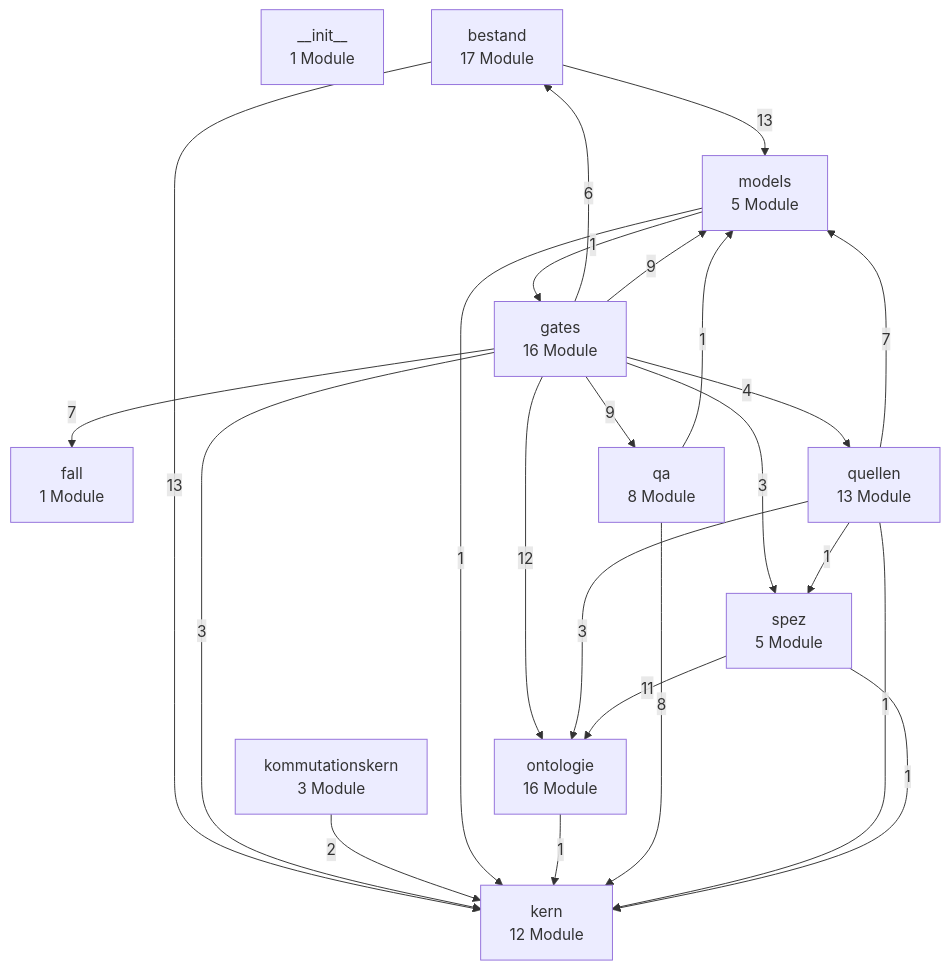
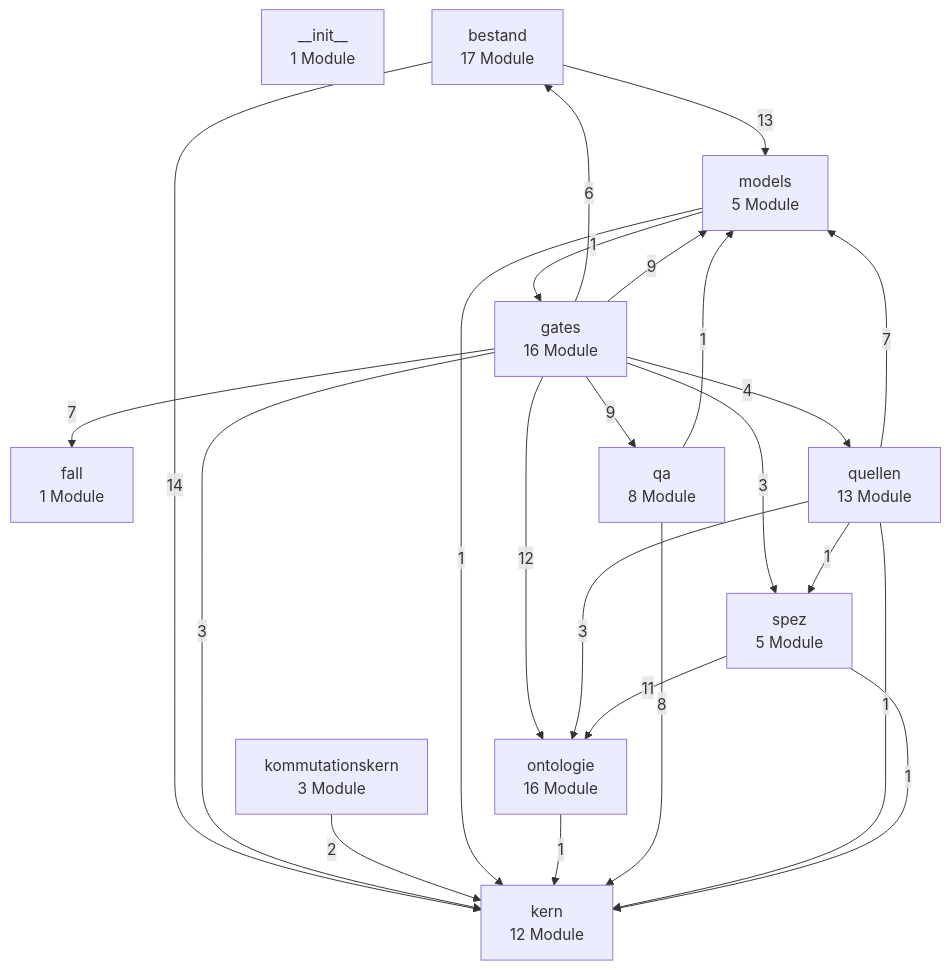
One commit to bartlmac/rechner-pipeline changed the first of 3 diagrams in docs/architektur/landkarte.md. Above: the diagram before and after it, drawn with Mermaid. The commit also changed 2 other files, not shown here.

````diff
--- a/docs/architektur/landkarte.md
+++ b/docs/architektur/landkarte.md
@@ -27,37 +27,37 @@
 ```mermaid
 %% Schichten — erzeugt von ontologie.landkarte
 flowchart TD
     n__init__["__init__<br/>1 Module"]
     bestand["bestand<br/>17 Module"]
     fall["fall<br/>1 Module"]
     gates["gates<br/>16 Module"]
     kern["kern<br/>12 Module"]
     kommutationskern["kommutationskern<br/>3 Module"]
     models["models<br/>5 Module"]
     ontologie["ontologie<br/>16 Module"]
     qa["qa<br/>8 Module"]
     quellen["quellen<br/>13 Module"]
     spez["spez<br/>5 Module"]
-    bestand -- 13 --> kern
+    bestand -- 14 --> kern
     bestand -- 13 --> models
     gates -- 6 --> bestand
     gates -- 7 --> fall
     gates -- 3 --> kern
     gates -- 9 --> models
     gates -- 12 --> ontologie
     gates -- 9 --> qa
     gates -- 4 --> quellen
     gates -- 3 --> spez
     kommutationskern -- 2 --> kern
     models -- 1 --> gates
     models -- 1 --> kern
     ontologie -- 1 --> kern
     qa -- 8 --> kern
     qa -- 1 --> models
     quellen -- 1 --> kern
     quellen -- 7 --> models
     quellen -- 3 --> ontologie
     quellen -- 1 --> spez
     spez -- 1 --> kern
     spez -- 11 --> ontologie
 ```
````
